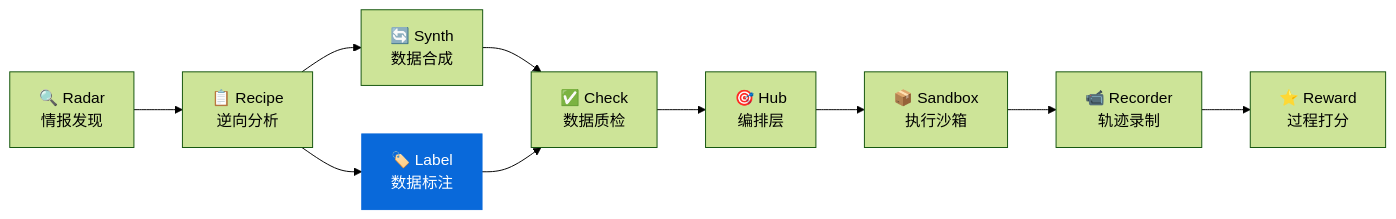
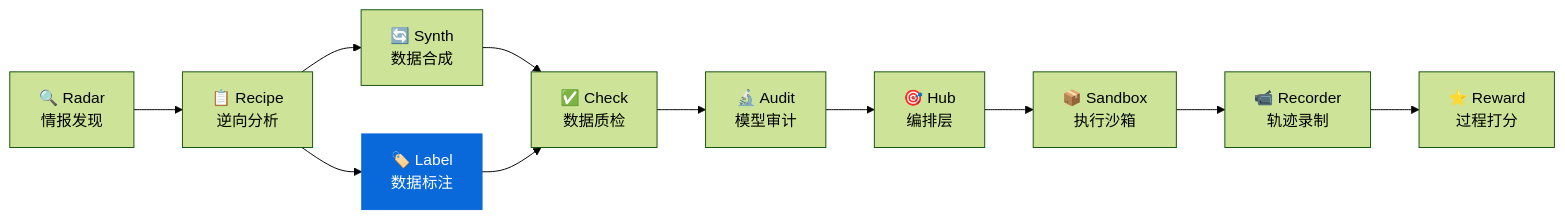
The first of 2 diagrams in README.md (liuxiaotong/data-label), drawn with Mermaid (forest theme) before and after one commit. The commit also changed other lines of this file, not shown here.

Commit message:
生态表格加入 ModelAudit (9→10)

````diff
--- a/README.md
+++ b/README.md
@@ -289,13 +289,14 @@
 ```mermaid
 graph LR
     Radar["🔍 Radar<br/>情报发现"] --> Recipe["📋 Recipe<br/>逆向分析"]
     Recipe --> Synth["🔄 Synth<br/>数据合成"]
     Recipe --> Label["🏷️ Label<br/>数据标注"]
     Synth --> Check["✅ Check<br/>数据质检"]
     Label --> Check
-    Check --> Hub["🎯 Hub<br/>编排层"]
+    Check --> Audit["🔬 Audit<br/>模型审计"]
+    Audit --> Hub["🎯 Hub<br/>编排层"]
     Hub --> Sandbox["📦 Sandbox<br/>执行沙箱"]
     Sandbox --> Recorder["📹 Recorder<br/>轨迹录制"]
     Recorder --> Reward["⭐ Reward<br/>过程打分"]
     style Label fill:#0969da,color:#fff,stroke:#0969da
 ```
````
